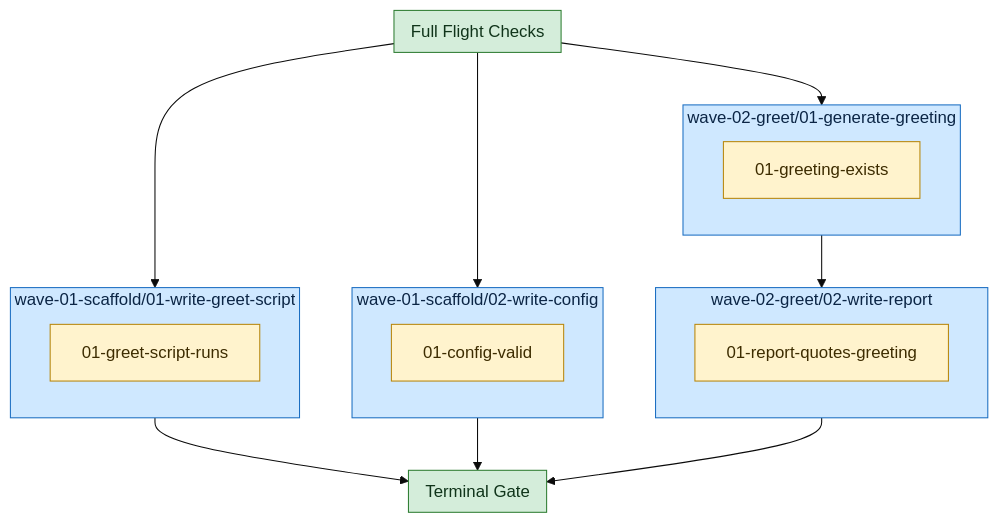
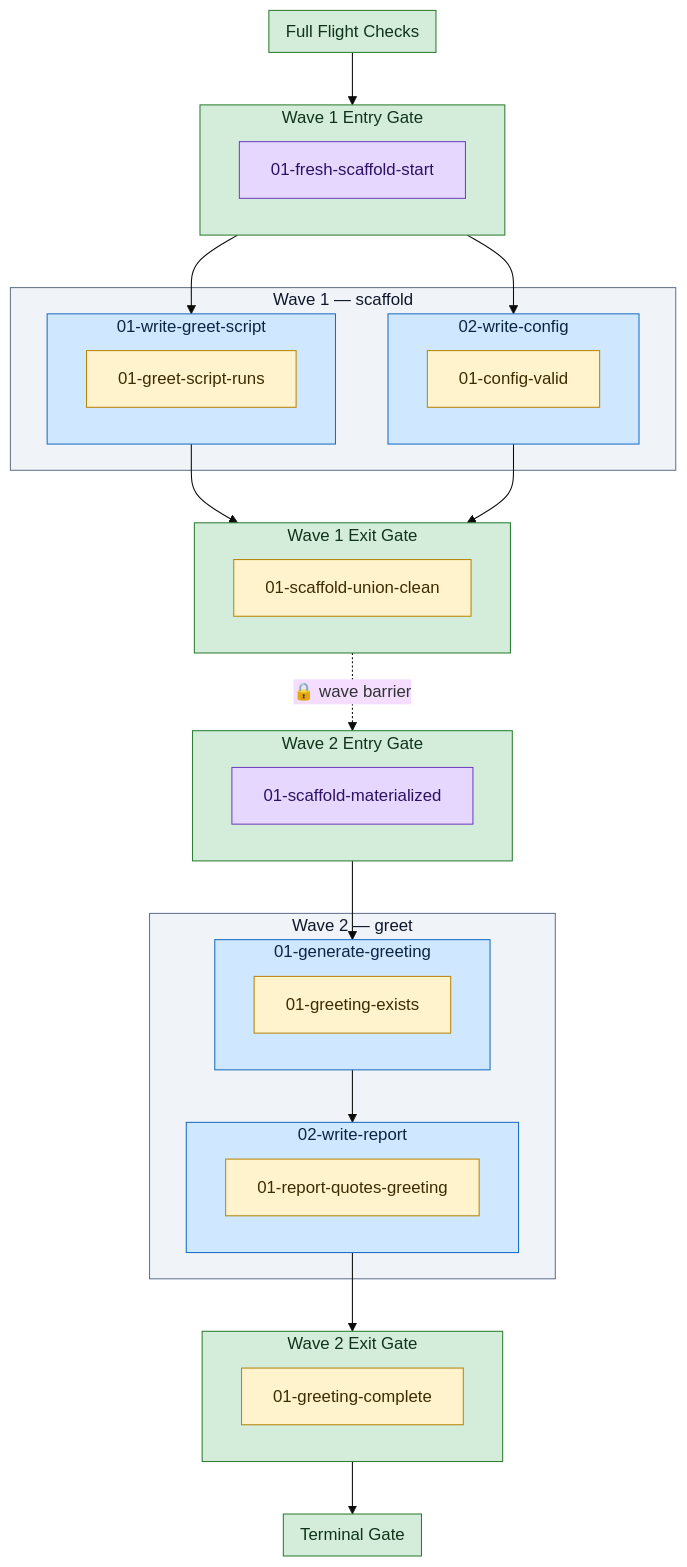
The diagram in examples/waved-hello/waved-hello/diagram.md (Servant-Software-LLC/Guardrails), drawn with Mermaid (base theme) before and after one commit. The commit also changed other lines of this file and 13 other files, not shown here.

First line of the commit message:
fix(#636): the diagram-freshness gate covers every example, and verifies the body it certifies (#674)

````diff
--- a/examples/waved-hello/waved-hello/diagram.md
+++ b/examples/waved-hello/waved-hello/diagram.md
@@ -3,34 +3,59 @@
 ```mermaid
 flowchart TD
   subgraph plan_preflights["Full Flight Checks"]
   end
   style plan_preflights fill:#d4edda,stroke:#2e7d32,color:#10341a;
-  subgraph task_wave_01_scaffold_01_write_greet_script["wave-01-scaffold/01-write-greet-script"]
-    task_wave_01_scaffold_01_write_greet_script_gr_0["01-greet-script-runs"]:::guardrail
+  subgraph wave_1_preflights["Wave 1 Entry Gate"]
+    wave_1_preflights_0["01-fresh-scaffold-start"]:::preflight
   end
-  style task_wave_01_scaffold_01_write_greet_script fill:#cfe8ff,stroke:#1b6ec2,color:#0b2545;
-  subgraph task_wave_01_scaffold_02_write_config["wave-01-scaffold/02-write-config"]
-    task_wave_01_scaffold_02_write_config_gr_0["01-config-valid"]:::guardrail
+  style wave_1_preflights fill:#d4edda,stroke:#2e7d32,color:#10341a;
+  subgraph wave_1["Wave 1 — scaffold"]
+    subgraph task_wave_01_scaffold_01_write_greet_script["01-write-greet-script"]
+      task_wave_01_scaffold_01_write_greet_script_gr_0["01-greet-script-runs"]:::guardrail
+    end
+    style task_wave_01_scaffold_01_write_greet_script fill:#cfe8ff,stroke:#1b6ec2,color:#0b2545;
+    subgraph task_wave_01_scaffold_02_write_config["02-write-config"]
+      task_wave_01_scaffold_02_write_config_gr_0["01-config-valid"]:::guardrail
+    end
+    style task_wave_01_scaffold_02_write_config fill:#cfe8ff,stroke:#1b6ec2,color:#0b2545;
   end
-  style task_wave_01_scaffold_02_write_config fill:#cfe8ff,stroke:#1b6ec2,color:#0b2545;
-  subgraph task_wave_02_greet_01_generate_greeting["wave-02-greet/01-generate-greeting"]
-    task_wave_02_greet_01_generate_greeting_gr_0["01-greeting-exists"]:::guardrail
+  style wave_1 fill:#f0f4f8,stroke:#64748b,color:#0f172a;
+  subgraph wave_1_guardrails["Wave 1 Exit Gate"]
+    wave_1_guardrails_0["01-scaffold-union-clean"]:::guardrail
   end
-  style task_wave_02_greet_01_generate_greeting fill:#cfe8ff,stroke:#1b6ec2,color:#0b2545;
-  subgraph task_wave_02_greet_02_write_report["wave-02-greet/02-write-report"]
-    task_wave_02_greet_02_write_report_gr_0["01-report-quotes-greeting"]:::guardrail
+  style wave_1_guardrails fill:#d4edda,stroke:#2e7d32,color:#10341a;
+  subgraph wave_2_preflights["Wave 2 Entry Gate"]
+    wave_2_preflights_0["01-scaffold-materialized"]:::preflight
   end
-  style task_wave_02_greet_02_write_report fill:#cfe8ff,stroke:#1b6ec2,color:#0b2545;
+  style wave_2_preflights fill:#d4edda,stroke:#2e7d32,color:#10341a;
+  subgraph wave_2["Wave 2 — greet"]
+    subgraph task_wave_02_greet_01_generate_greeting["01-generate-greeting"]
+      task_wave_02_greet_01_generate_greeting_gr_0["01-greeting-exists"]:::guardrail
+    end
+    style task_wave_02_greet_01_generate_greeting fill:#cfe8ff,stroke:#1b6ec2,color:#0b2545;
+    subgraph task_wave_02_greet_02_write_report["02-write-report"]
+      task_wave_02_greet_02_write_report_gr_0["01-report-quotes-greeting"]:::guardrail
+    end
+    style task_wave_02_greet_02_write_report fill:#cfe8ff,stroke:#1b6ec2,color:#0b2545;
+  end
+  style wave_2 fill:#f0f4f8,stroke:#64748b,color:#0f172a;
+  subgraph wave_2_guardrails["Wave 2 Exit Gate"]
+    wave_2_guardrails_0["01-greeting-complete"]:::guardrail
+  end
+  style wave_2_guardrails fill:#d4edda,stroke:#2e7d32,color:#10341a;
   subgraph plan_guardrails["Terminal Gate"]
   end
   style plan_guardrails fill:#d4edda,stroke:#2e7d32,color:#10341a;
-  plan_preflights --> task_wave_01_scaffold_01_write_greet_script
-  plan_preflights --> task_wave_01_scaffold_02_write_config
-  plan_preflights --> task_wave_02_greet_01_generate_greeting
+  plan_preflights --> wave_1_preflights
+  wave_1_preflights --> task_wave_01_scaffold_01_write_greet_script
+  wave_1_preflights --> task_wave_01_scaffold_02_write_config
+  task_wave_01_scaffold_01_write_greet_script --> wave_1_guardrails
+  task_wave_01_scaffold_02_write_config --> wave_1_guardrails
+  wave_2_preflights --> task_wave_02_greet_01_generate_greeting
   task_wave_02_greet_01_generate_greeting --> task_wave_02_greet_02_write_report
-  task_wave_01_scaffold_01_write_greet_script --> plan_guardrails
-  task_wave_01_scaffold_02_write_config --> plan_guardrails
-  task_wave_02_greet_02_write_report --> plan_guardrails
+  task_wave_02_greet_02_write_report --> wave_2_guardrails
+  wave_1_guardrails -.->|"🔒 wave barrier"| wave_2_preflights
+  wave_2_guardrails --> plan_guardrails
   classDef preflight fill:#e6d7ff,stroke:#6f42c1,color:#2e1065;
   classDef guardrail fill:#fff3cd,stroke:#b8860b,color:#3d2c00;
 ```
````
